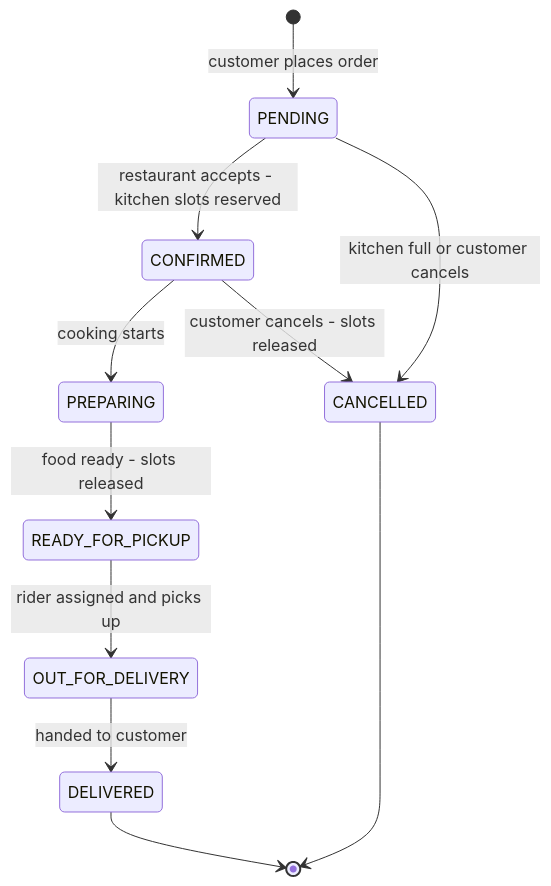
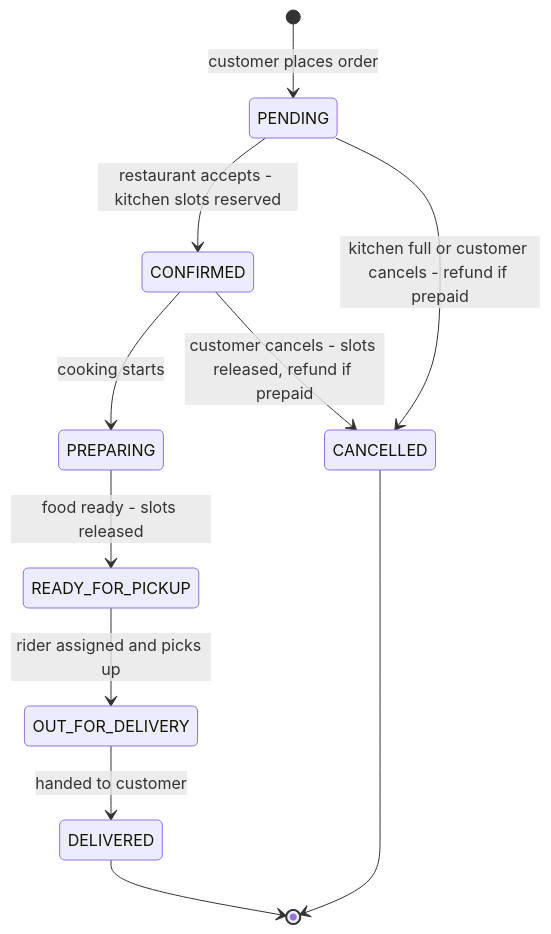
One commit to vsns11/interview_notes changed diagram 17 of 24 in lld/chapters/19-case-platforms-2/README.md. Above: the diagram before and after it, drawn with Mermaid. The commit also changed other lines of this file and 139 other files, not shown here.

````diff
--- a/lld/chapters/19-case-platforms-2/README.md
+++ b/lld/chapters/19-case-platforms-2/README.md
@@ -4072,13 +2073,13 @@
 ```mermaid
 stateDiagram-v2
     [*] --> PENDING : customer places order
     PENDING --> CONFIRMED : restaurant accepts - kitchen slots reserved
-    PENDING --> CANCELLED : kitchen full or customer cancels
+    PENDING --> CANCELLED : kitchen full or customer cancels - refund if prepaid
     CONFIRMED --> PREPARING : cooking starts
-    CONFIRMED --> CANCELLED : customer cancels - slots released
+    CONFIRMED --> CANCELLED : customer cancels - slots released, refund if prepaid
     PREPARING --> READY_FOR_PICKUP : food ready - slots released
     READY_FOR_PICKUP --> OUT_FOR_DELIVERY : rider assigned and picks up
     OUT_FOR_DELIVERY --> DELIVERED : handed to customer
     DELIVERED --> [*]
     CANCELLED --> [*]
 ```
````
